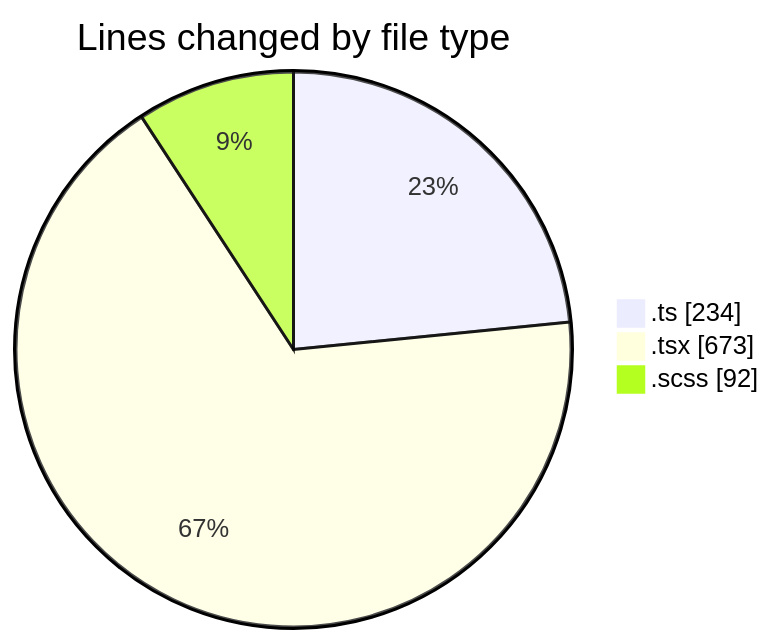
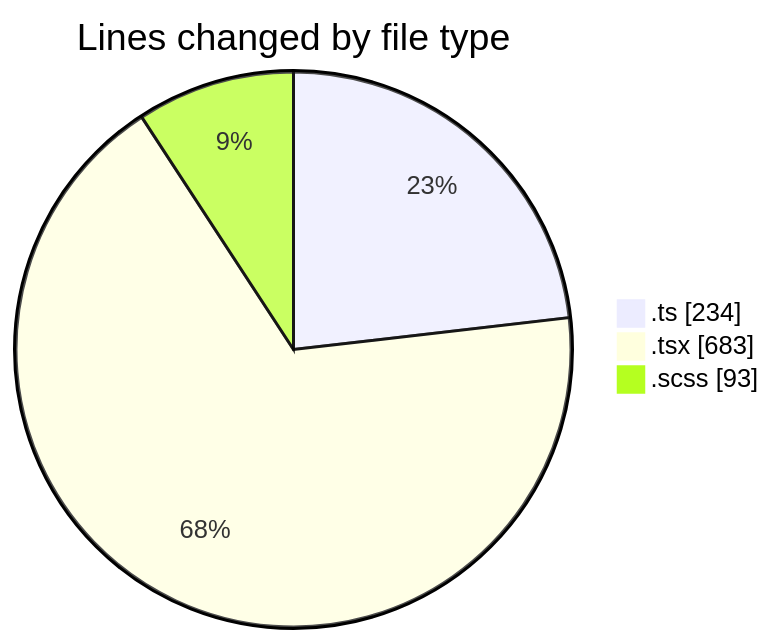
One commit to momahboobian/code-tracking changed the first of 2 diagrams in 2025-05-01/cda/README.md. Above: the diagram before and after it, drawn with Mermaid. The commit also changed other lines of this file and 1 other file, not shown here.

````diff
--- a/2025-05-01/cda/README.md
+++ b/2025-05-01/cda/README.md
@@ -26,7 +26,7 @@
 ```mermaid
 pie showData
 title Lines changed by file type
 ".ts" : 234
-".tsx" : 673
-".scss" : 92
+".tsx" : 683
+".scss" : 93
 ```
````
